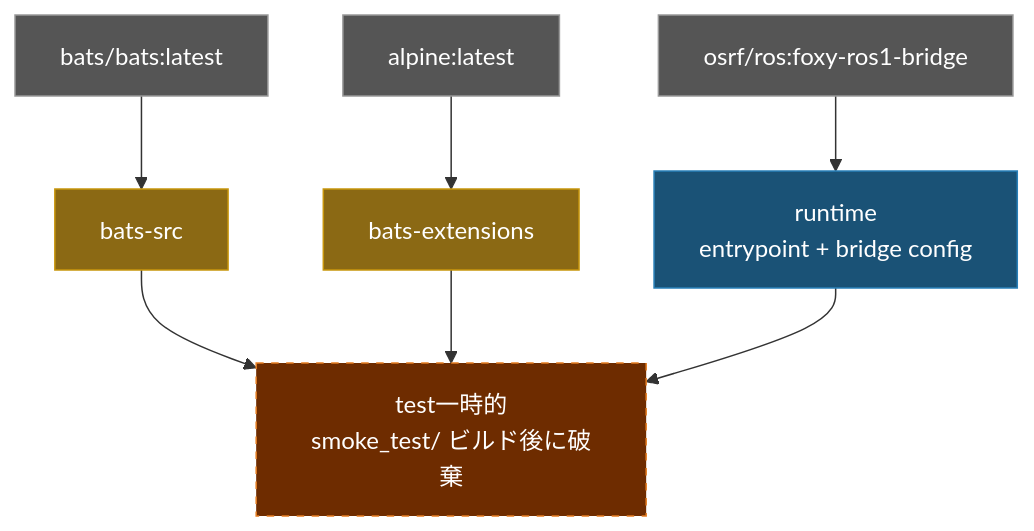
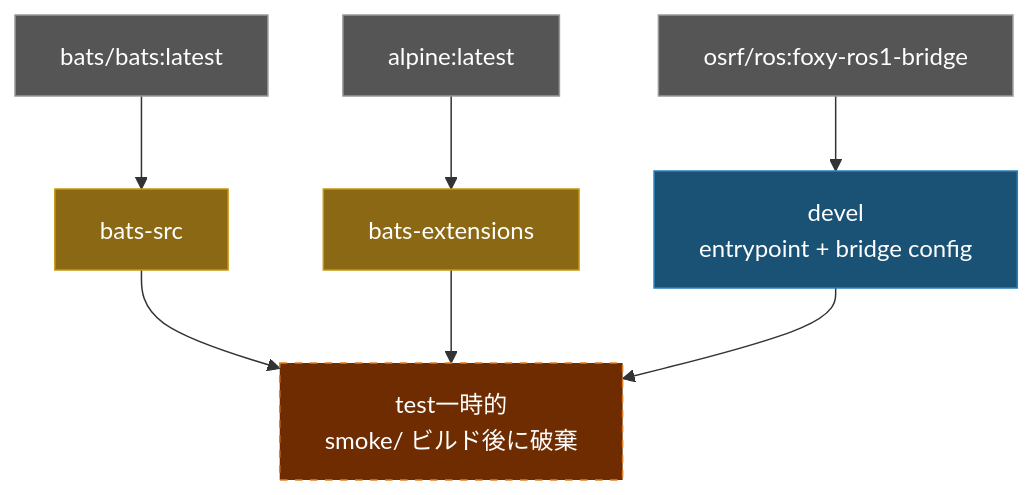
Before and after one commit to ycpss91255-docker/ros1_bridge: the diagram in doc/README.ja.md, drawn with Mermaid. The commit also changed other lines of this file and 25 other files, not shown here.

````diff
--- a/doc/README.ja.md
+++ b/doc/README.ja.md
@@ -99,20 +99,20 @@
 ```mermaid
 graph TD
     EXT1["bats/bats:latest"]:::external
     EXT2["alpine:latest"]:::external
     EXT3["osrf/ros:foxy-ros1-bridge"]:::external
 
     EXT1 --> bats-src["bats-src"]:::tool
     EXT2 --> bats-ext["bats-extensions"]:::tool
 
-    EXT3 --> runtime["runtime\nentrypoint + bridge config"]:::stage
+    EXT3 --> devel["devel\nentrypoint + bridge config"]:::stage
 
-    bats-src --> test["test一時的\nsmoke_test/ ビルド後に破棄"]:::ephemeral
+    bats-src --> test["test一時的\nsmoke/ ビルド後に破棄"]:::ephemeral
     bats-ext --> test
-    runtime --> test
+    devel --> test
 
     classDef external fill:#555,color:#fff,stroke:#999
     classDef tool fill:#8B6914,color:#fff,stroke:#c8960c
     classDef stage fill:#1a5276,color:#fff,stroke:#2980b9
     classDef ephemeral fill:#6e2c00,color:#fff,stroke:#e67e22,stroke-dasharray:5 5
 ```
````
